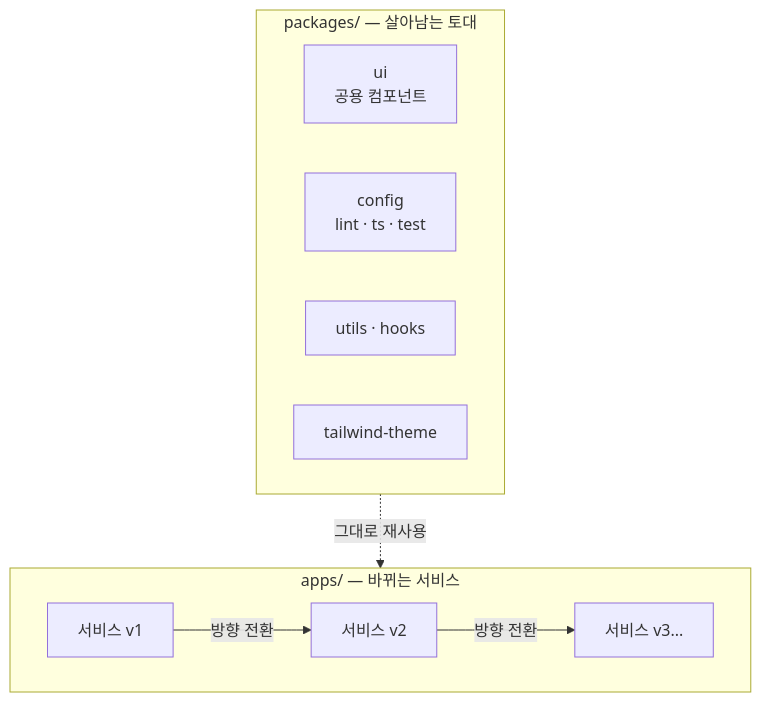
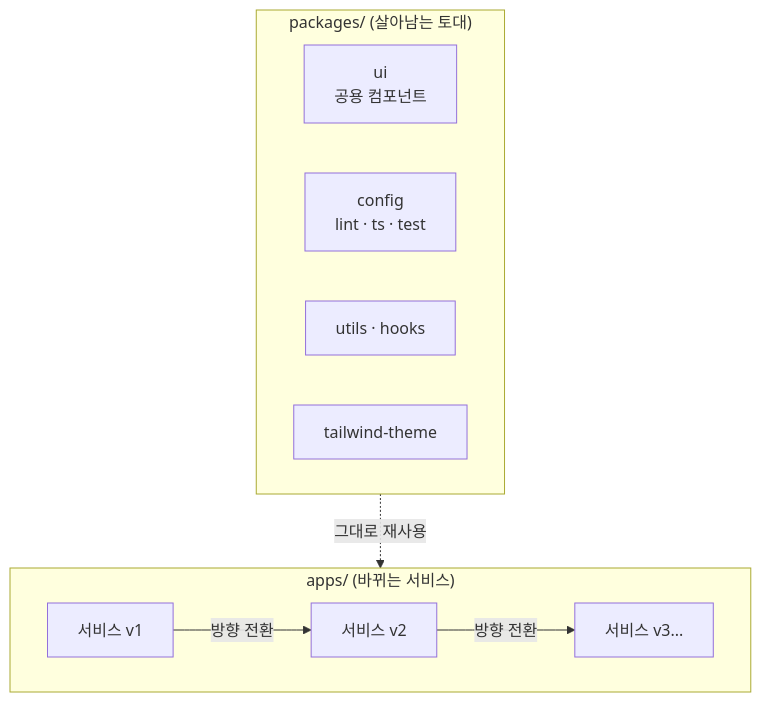
The first of 6 diagrams in src/content/post/blog/design-system-shadcn-stack.mdx (dydals3440/YOLOG), drawn with Mermaid before and after one commit. The commit also changed other lines of this file, not shown here.

````diff
--- a/src/content/post/blog/design-system-shadcn-stack.mdx
+++ b/src/content/post/blog/design-system-shadcn-stack.mdx
@@ -40,17 +39,17 @@
 ```mermaid
 flowchart TD
-    subgraph packages["packages/ — 살아남는 토대"]
+    subgraph packages["packages/ (살아남는 토대)"]
         UI["ui<br/>공용 컴포넌트"]
         CONFIG["config<br/>lint · ts · test"]
         UTILS["utils · hooks"]
         THEME["tailwind-theme"]
     end
-    subgraph apps["apps/ — 바뀌는 서비스"]
+    subgraph apps["apps/ (바뀌는 서비스)"]
         A1["서비스 v1"]
         A2["서비스 v2"]
         A3["서비스 v3..."]
     end
     packages -.->|"그대로 재사용"| apps
     A1 -->|"방향 전환"| A2
     A2 -->|"방향 전환"| A3
 ```
````
